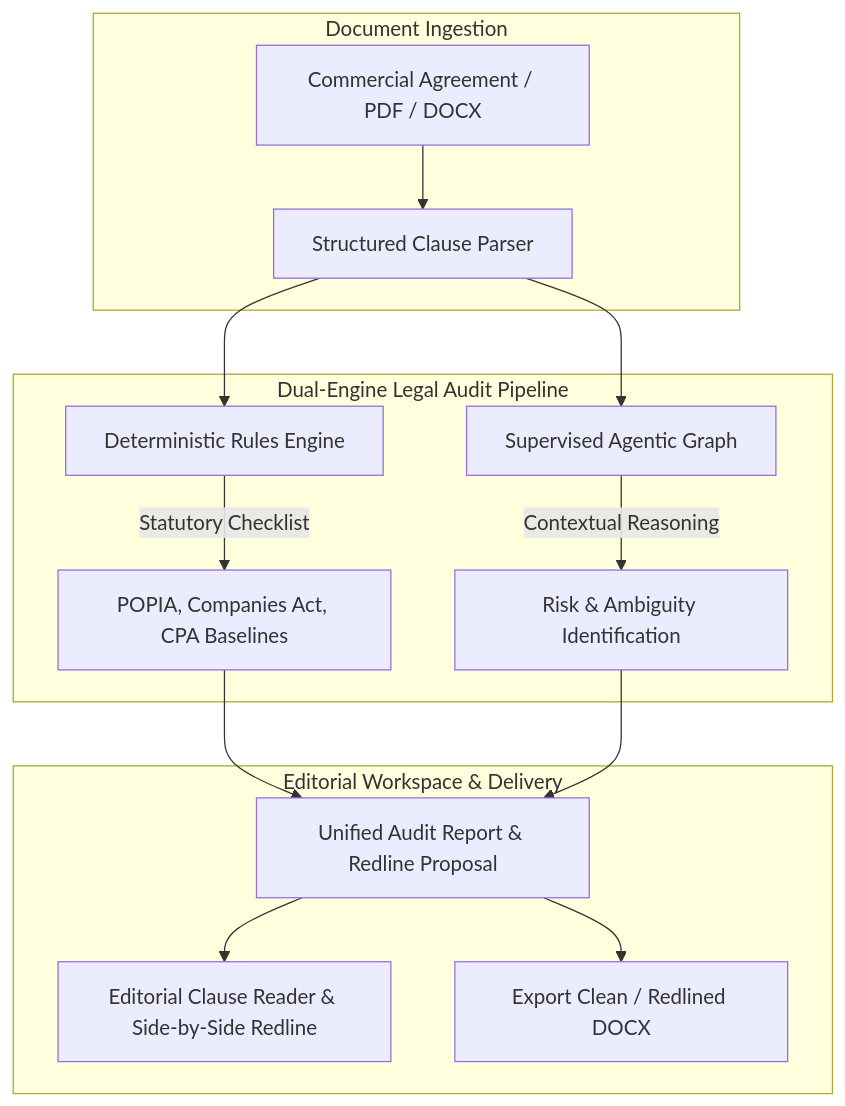
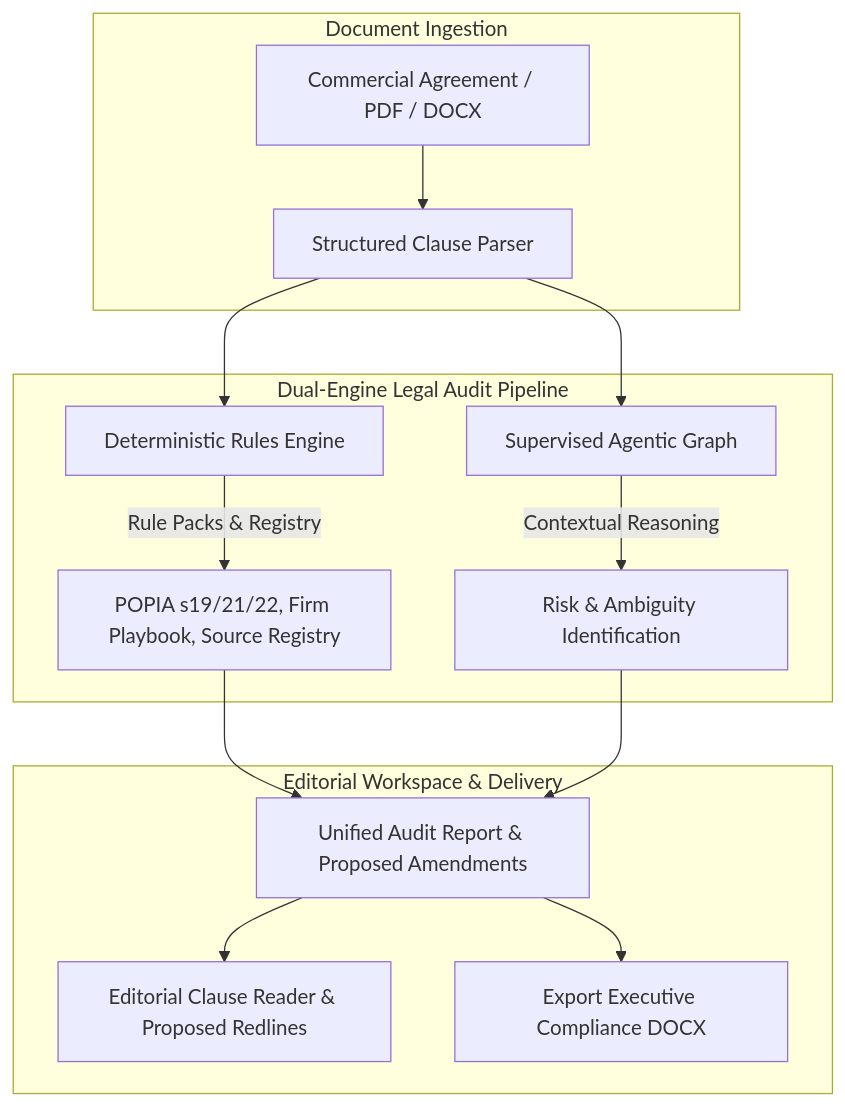
One commit to sandisomaz/juris-core-architecture changed the diagram in README.md. Above: the diagram before and after it, drawn with Mermaid. The commit also changed other lines of this file, not shown here.

Commit message:
docs: align README with implemented POPIA/playbook rules and .docx export

````diff
--- a/README.md
+++ b/README.md
@@ -41,21 +41,21 @@
 ```mermaid
 flowchart TD
     subgraph Intake["Document Ingestion"]
         Doc[Commercial Agreement / PDF / DOCX] --> Extractor[Structured Clause Parser]
     end
 
     subgraph DualAudit["Dual-Engine Legal Audit Pipeline"]
         Extractor --> DeterministicEngine[Deterministic Rules Engine]
         Extractor --> AgenticGraph[Supervised Agentic Graph]
 
-        DeterministicEngine -->|Statutory Checklist| StatRules[POPIA, Companies Act, CPA Baselines]
+        DeterministicEngine -->|Rule Packs & Registry| StatRules[POPIA s19/21/22, Firm Playbook, Source Registry]
         AgenticGraph -->|Contextual Reasoning| RiskAudit[Risk & Ambiguity Identification]
     end
 
     subgraph Output["Editorial Workspace & Delivery"]
-        StatRules --> UnifiedReport[Unified Audit Report & Redline Proposal]
+        StatRules --> UnifiedReport[Unified Audit Report & Proposed Amendments]
         RiskAudit --> UnifiedReport
-        UnifiedReport --> ReaderView[Editorial Clause Reader & Side-by-Side Redline]
-        UnifiedReport --> Export[Export Clean / Redlined DOCX]
+        UnifiedReport --> ReaderView[Editorial Clause Reader & Proposed Redlines]
+        UnifiedReport --> Export[Export Executive Compliance DOCX]
     end
 ```
````
